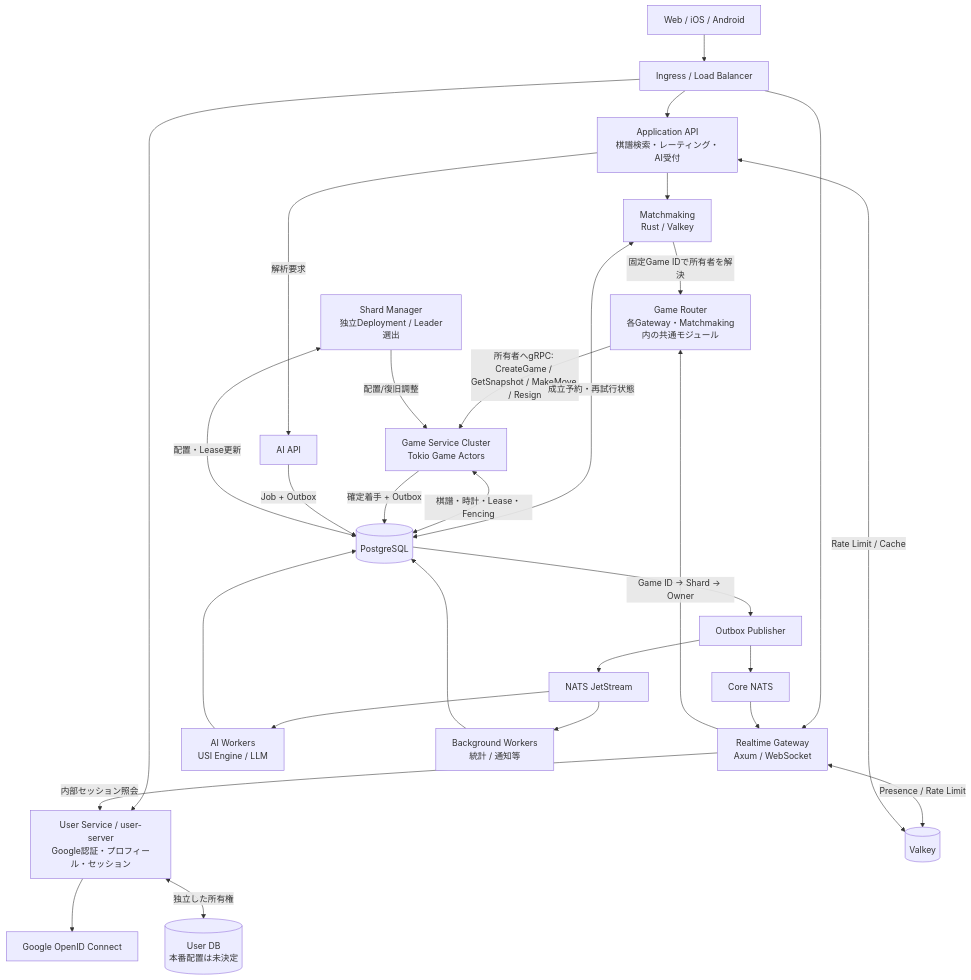
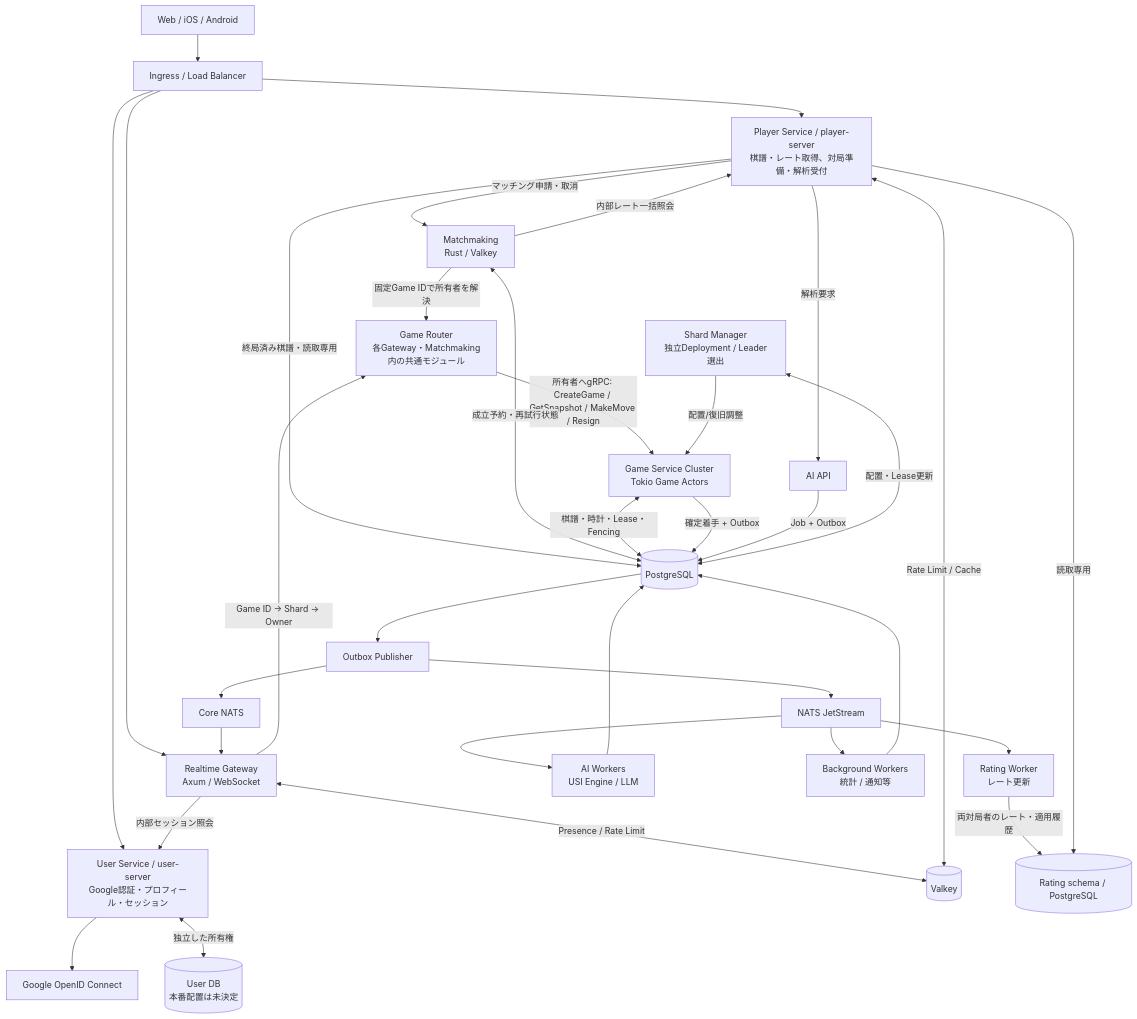
One commit to take44444/shogi-backend changed the second of 6 diagrams in docs/design/architecture.md. Above: the diagram before and after it, drawn with Mermaid. The commit also changed other lines of this file, not shown here.

Commit message:
Update architecture

````diff
--- a/docs/design/architecture.md
+++ b/docs/design/architecture.md
@@ -138,31 +138,36 @@
 ```mermaid
 flowchart TB
   C[Web / iOS / Android] --> LB[Ingress / Load Balancer]
   LB --> USER[User Service / user-server<br/>Google認証・プロフィール・セッション]
   USER --> GOOGLE[Google OpenID Connect]
   USER <-->|独立した所有権| USERDB[(User DB<br/>本番配置は未決定)]
-  LB --> API[Application API<br/>棋譜検索・レーティング・AI受付]
+  LB --> API[Player Service / player-server<br/>棋譜・レート取得、対局準備・解析受付]
   LB --> GW[Realtime Gateway<br/>Axum / WebSocket]
   GW -->|内部セッション照会| USER
   GW -->|Game ID → Shard → Owner| R[Game Router<br/>各Gateway・Matchmaking内の共通モジュール]
   R -->|所有者へgRPC: CreateGame / GetSnapshot / MakeMove / Resign| GAME[Game Service Cluster<br/>Tokio Game Actors]
-  API --> MATCH[Matchmaking<br/>Rust / Valkey]
+  API -->|マッチング申請・取消| MATCH[Matchmaking<br/>Rust / Valkey]
+  API -->|終局済み棋譜・読取専用| PG
   MATCH -->|固定Game IDで所有者を解決| R
   MATCH <-->|成立予約・再試行状態| PG
   GAME <-->|棋譜・時計・Lease・Fencing| PG[(PostgreSQL)]
   GAME -->|確定着手 + Outbox| PG
   PG --> OUT[Outbox Publisher]
   OUT --> NATS[Core NATS]
   NATS --> GW
   GW <-->|Presence / Rate Limit| REDIS[(Valkey)]
   API <-->|Rate Limit / Cache| REDIS
   API -->|解析要求| AAPI[AI API]
   AAPI -->|Job + Outbox| PG
   OUT --> JS[NATS JetStream]
+  JS --> RATE[Rating Worker<br/>レート更新]
+  RATE -->|両対局者のレート・適用履歴| RDB[(Rating schema / PostgreSQL)]
+  API -->|読取専用| RDB
+  MATCH -->|内部レート一括照会| API
   JS --> AI[AI Workers<br/>USI Engine / LLM]
   JS --> BG[Background Workers<br/>統計 / 通知等]
   AI --> PG
   BG --> PG
   SM[Shard Manager<br/>独立Deployment / Leader選出] <-->|配置・Lease更新| PG
   SM -->|配置/復旧調整| GAME
 ```
````
